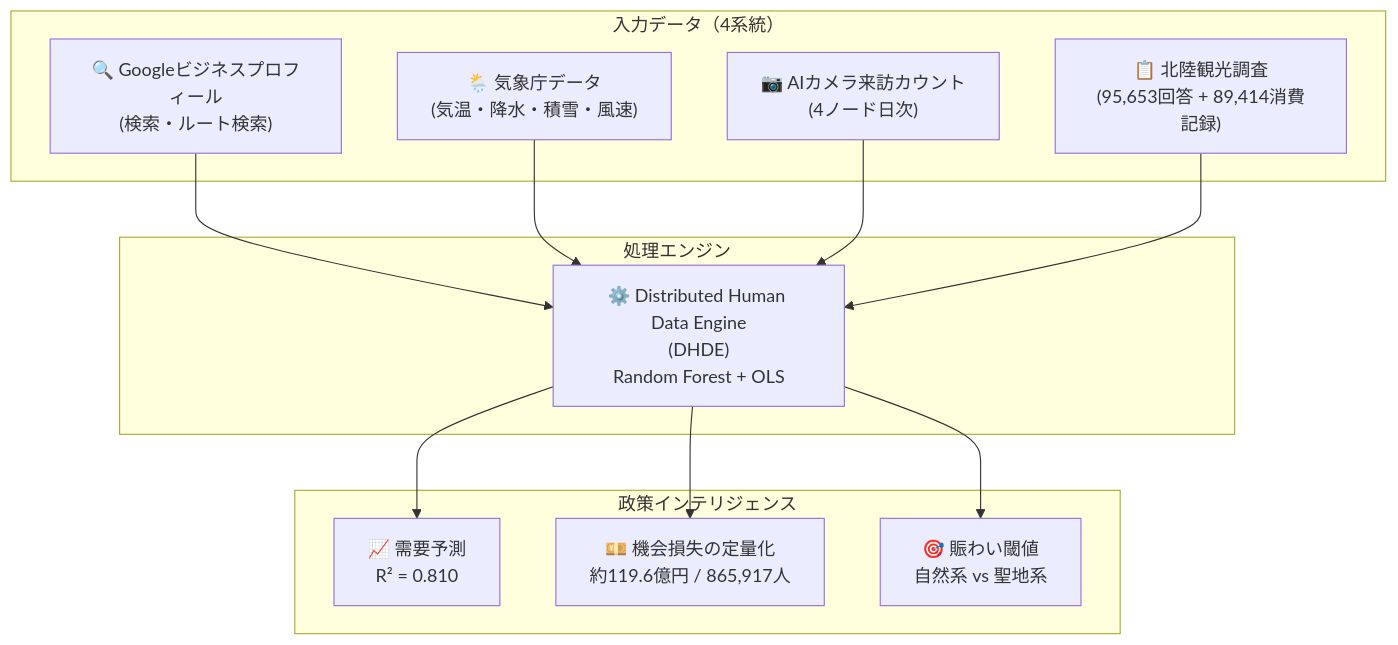
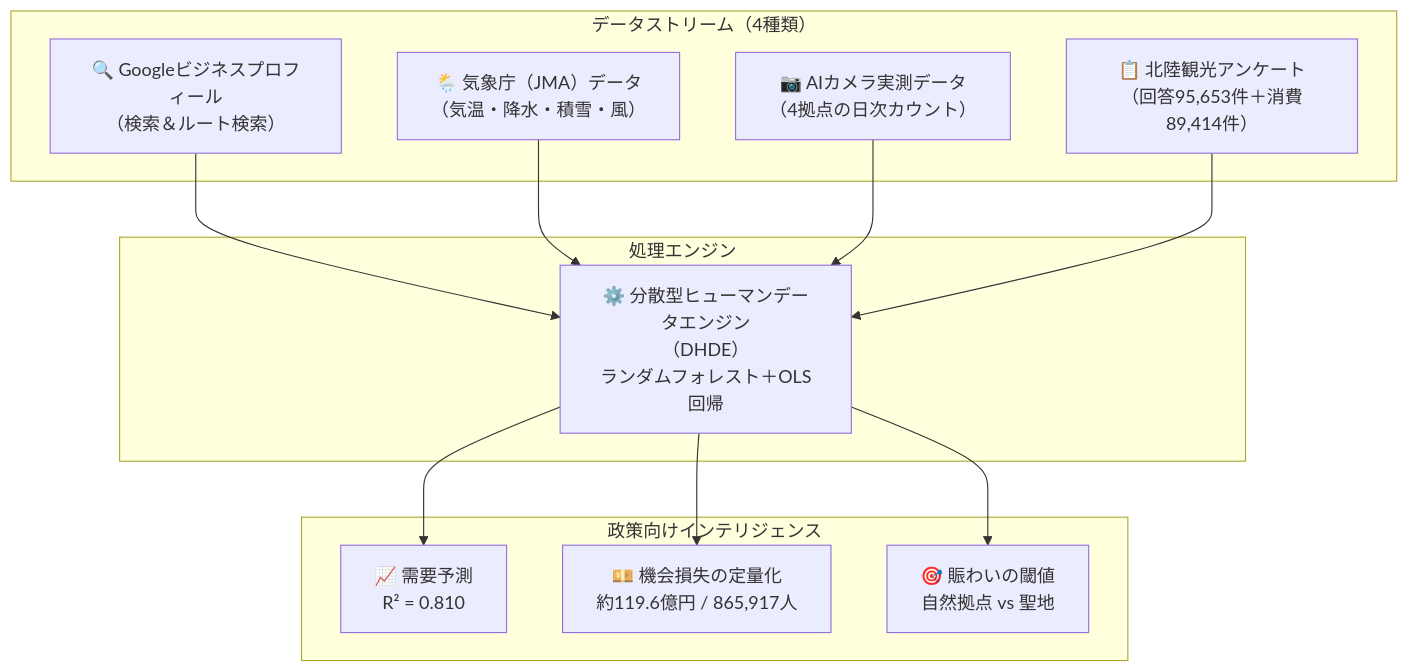
The first of 2 diagrams in output/HOKURIKU_TOURISM_AI_GOVERNANCE_STRATEGY.ja.md (dinabelay-hub/hokuriku-tourism-ai-governance), drawn with Mermaid before and after one commit. The commit also changed other lines of this file, not shown here.

````diff
--- a/output/HOKURIKU_TOURISM_AI_GOVERNANCE_STRATEGY.ja.md
+++ b/output/HOKURIKU_TOURISM_AI_GOVERNANCE_STRATEGY.ja.md
@@ -43,24 +37,24 @@
 ```mermaid
 graph TD
-    subgraph Inputs["入力データ（4系統）"]
-        G["🔍 Googleビジネスプロフィール<br/>(検索・ルート検索)"]
-        W["🌦️ 気象庁データ<br/>(気温・降水・積雪・風速)"]
-        C["📷 AIカメラ来訪カウント<br/>(4ノード日次)"]
-        S["📋 北陸観光調査<br/>(95,653回答 + 89,414消費記録)"]
-    end
-    subgraph Engine["処理エンジン"]
-        M["⚙️ Distributed Human Data Engine<br/>(DHDE)<br/>Random Forest + OLS"]
-    end
-    subgraph Outputs["政策インテリジェンス"]
-        F["📈 需要予測<br/>R² = 0.810"]
-        O["💴 機会損失の定量化<br/>約119.6億円 / 865,917人"]
-        V["🎯 賑わい閾値<br/>自然系 vs 聖地系"]
-    end
-    G --> M
-    W --> M
-    C --> M
-    S --> M
-    M --> F
-    M --> O
-    M --> V
+	subgraph Inputs["データストリーム（4種類）"]
+		G["🔍 Googleビジネスプロフィール<br/>（検索＆ルート検索）"]
+		W["🌦️ 気象庁（JMA）データ<br/>（気温・降水・積雪・風）"]
+		C["📷 AIカメラ実測データ<br/>（4拠点の日次カウント）"]
+		S["📋 北陸観光アンケート<br/>（回答95,653件＋消費89,414件）"]
+	end
+	subgraph Engine["処理エンジン"]
+		M["⚙️ 分散型ヒューマンデータエンジン<br/>（DHDE）<br/>ランダムフォレスト＋OLS回帰"]
+	end
+	subgraph Outputs["政策向けインテリジェンス"]
+		F["📈 需要予測<br/>R² = 0.810"]
+		O["💴 機会損失の定量化<br/>約119.6億円 / 865,917人"]
+		V["🎯 賑わいの閾値<br/>自然拠点 vs 聖地"]
+	end
+	G --> M
+	W --> M
+	C --> M
+	S --> M
+	M --> F
+	M --> O
+	M --> V
 ```
````
